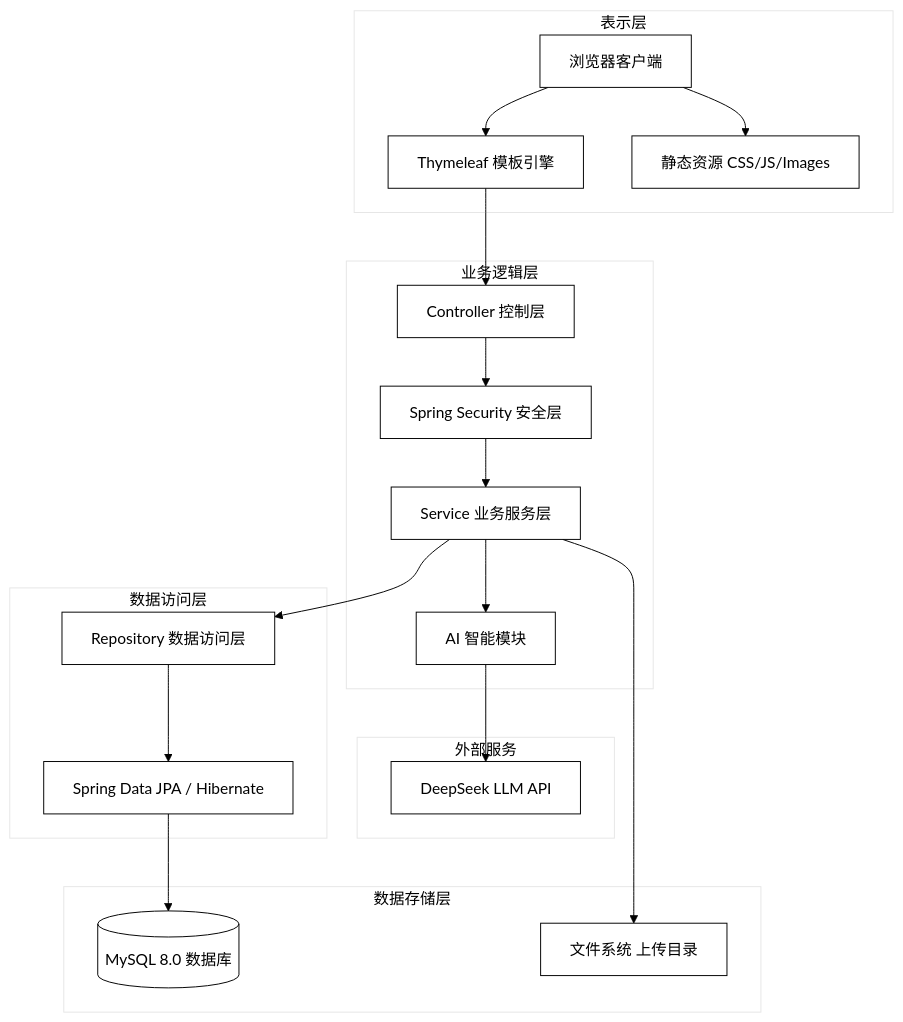
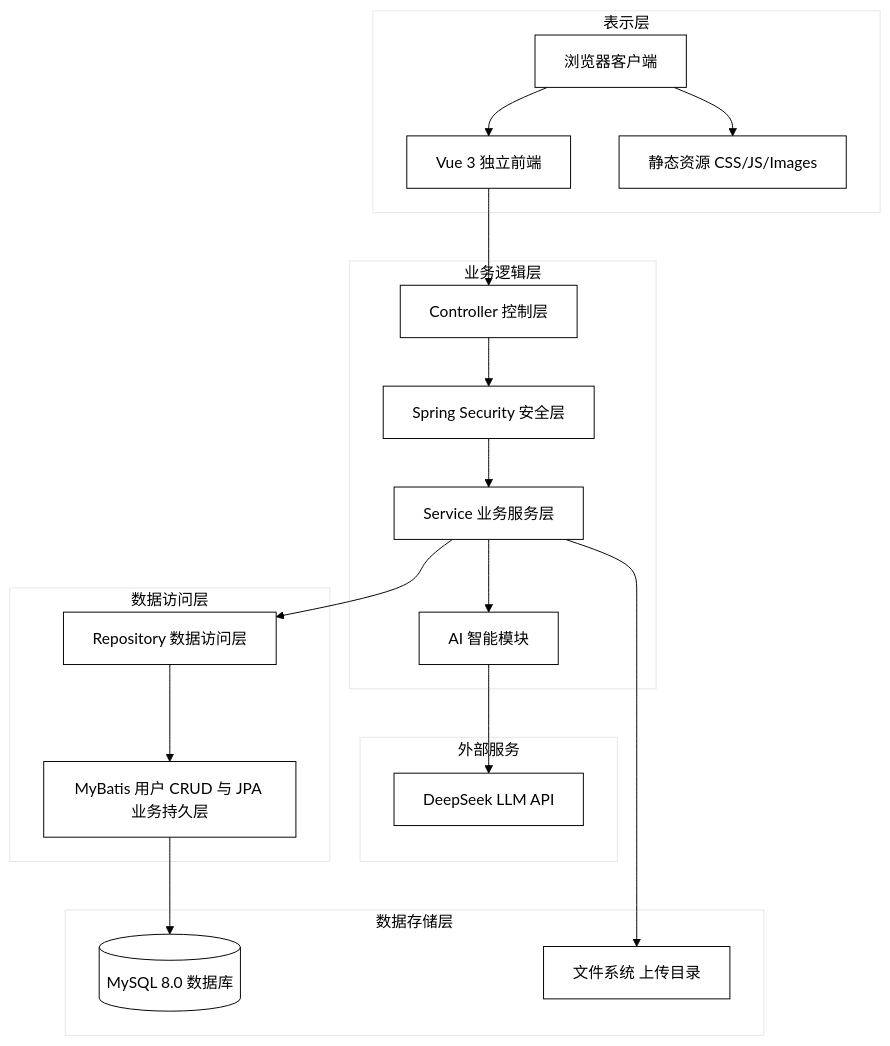
The fourth of 10 diagrams in 宠物管家系统项目报告.md (BohanYu728/pet-mgmt), drawn with Mermaid before and after one commit. The commit also changed other lines of this file and 121 other files, not shown here.

````diff
--- a/宠物管家系统项目报告.md
+++ b/宠物管家系统项目报告.md
@@ -439,42 +436,42 @@
 ```mermaid
 %%{init: {'theme': 'base', 'themeVariables': {'primaryColor': '#ffffff', 'primaryTextColor': '#000000', 'primaryBorderColor': '#000000', 'lineColor': '#000000', 'secondaryColor': '#ffffff', 'tertiaryColor': '#ffffff', 'noteBkgColor': '#ffffff', 'noteTextColor': '#000000'}}}%%
 graph TB
     subgraph 表示层
         Browser[浏览器客户端]
-        Thymeleaf[Thymeleaf 模板引擎]
+        Thymeleaf[Vue 3 独立前端]
         Static[静态资源 CSS/JS/Images]
     end
 
     subgraph 业务逻辑层
         Controller[Controller 控制层]
         Service[Service 业务服务层]
         AI[AI 智能模块]
         Security[Spring Security 安全层]
     end
 
     subgraph 数据访问层
         Repository[Repository 数据访问层]
-        JPA[Spring Data JPA / Hibernate]
+        JPA[MyBatis 用户 CRUD 与 JPA 业务持久层]
     end
 
     subgraph 数据存储层
         MySQL[(MySQL 8.0 数据库)]
         FileSystem[文件系统 上传目录]
     end
 
     subgraph 外部服务
         DeepSeek[DeepSeek LLM API]
     end
 
     Browser --> Thymeleaf
     Thymeleaf --> Controller
     Browser --> Static
     Controller --> Security
     Security --> Service
     Service --> Repository
     Service --> AI
     AI --> DeepSeek
     Repository --> JPA
     JPA --> MySQL
     Service --> FileSystem
 ```
````
